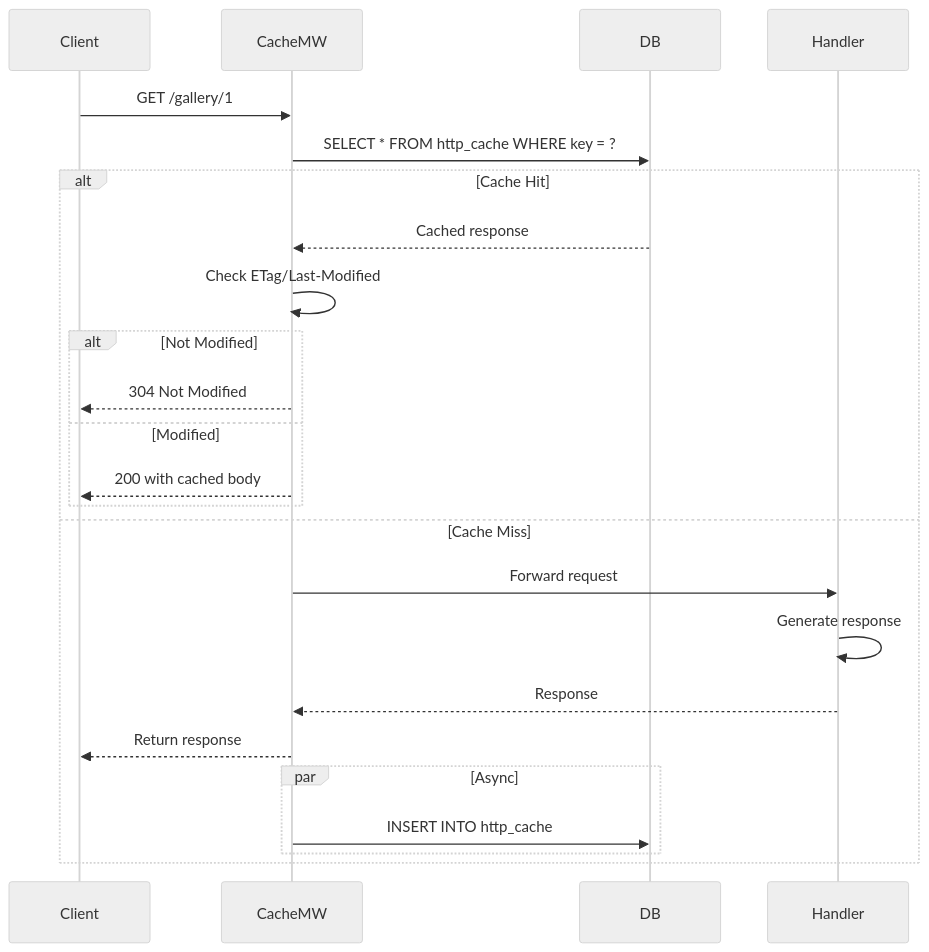
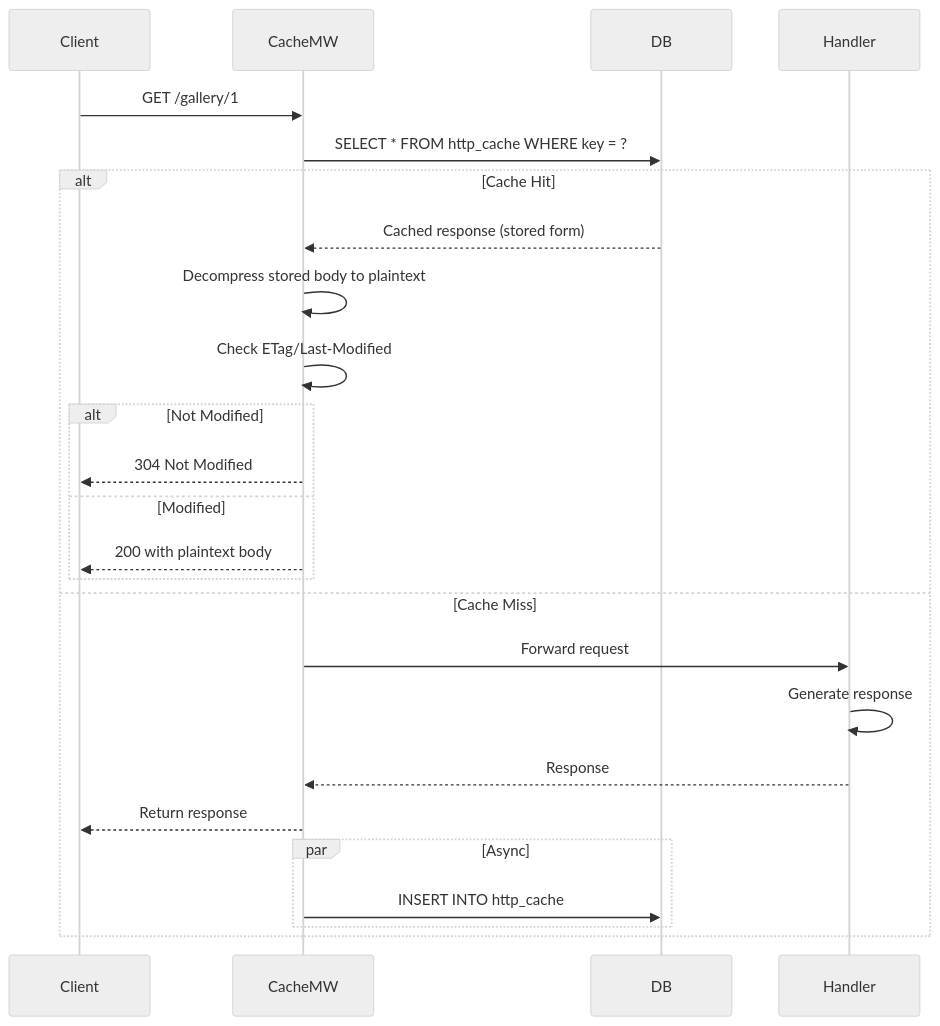
Diagram 11 of 20 in docs/ARCHITECTURE.md (lbe/sfpg-go), drawn with Mermaid (neutral theme) before and after one commit. The commit also changed other lines of this file and 247 other files, not shown here.

First line of the commit message:
refactor: edge offload, HTTP cache v3 body codecs

````diff
--- a/docs/ARCHITECTURE.md
+++ b/docs/ARCHITECTURE.md
@@ -722,28 +729,29 @@
 ```mermaid
 sequenceDiagram
     participant Client
     participant CacheMW
     participant DB
     participant Handler
 
     Client->>CacheMW: GET /gallery/1
     CacheMW->>DB: SELECT * FROM http_cache WHERE key = ?
     alt Cache Hit
-        DB-->>CacheMW: Cached response
+        DB-->>CacheMW: Cached response (stored form)
+        CacheMW->>CacheMW: Decompress stored body to plaintext
         CacheMW->>CacheMW: Check ETag/Last-Modified
         alt Not Modified
             CacheMW-->>Client: 304 Not Modified
         else Modified
-            CacheMW-->>Client: 200 with cached body
+            CacheMW-->>Client: 200 with plaintext body
         end
     else Cache Miss
         CacheMW->>Handler: Forward request
         Handler->>Handler: Generate response
         Handler-->>CacheMW: Response
         CacheMW-->>Client: Return response
 
         par Async
             CacheMW->>DB: INSERT INTO http_cache
         end
     end
 ```
````
